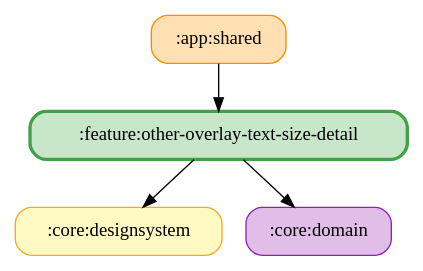
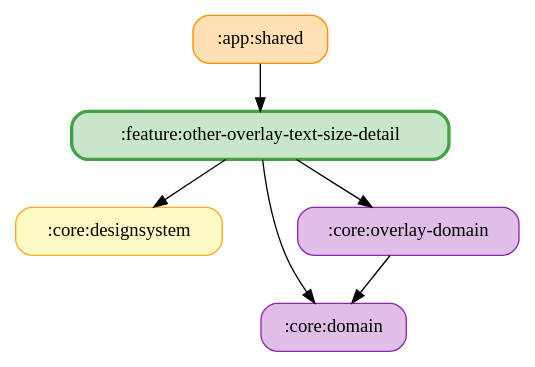
The diagram in docs/graphs/feature-other-overlay-text-size-detail.gv (ai-kurou/KoDriver), drawn with Graphviz before and after one commit. The commit also changed 58 other files, not shown here.

Commit message:
chore: update module graph images

```diff
--- a/docs/graphs/feature-other-overlay-text-size-detail.gv
+++ b/docs/graphs/feature-other-overlay-text-size-detail.gv
@@ -1,11 +1,14 @@
 digraph G {
   rankdir=TB
   node [shape=box, style="rounded,filled"]
   ":app:shared" [fillcolor="#FFE0B2", color="#FB8C00", penwidth=1]
   ":core:designsystem" [fillcolor="#FFF9C4", color="#F9A825", penwidth=1]
   ":core:domain" [fillcolor="#E1BEE7", color="#8E24AA", penwidth=1]
+  ":core:overlay-domain" [fillcolor="#E1BEE7", color="#8E24AA", penwidth=1]
   ":feature:other-overlay-text-size-detail" [fillcolor="#C8E6C9", color="#43A047", penwidth=2.5]
   ":app:shared" -> ":feature:other-overlay-text-size-detail"
+  ":core:overlay-domain" -> ":core:domain"
   ":feature:other-overlay-text-size-detail" -> ":core:domain"
   ":feature:other-overlay-text-size-detail" -> ":core:designsystem"
+  ":feature:other-overlay-text-size-detail" -> ":core:overlay-domain"
 }
```
